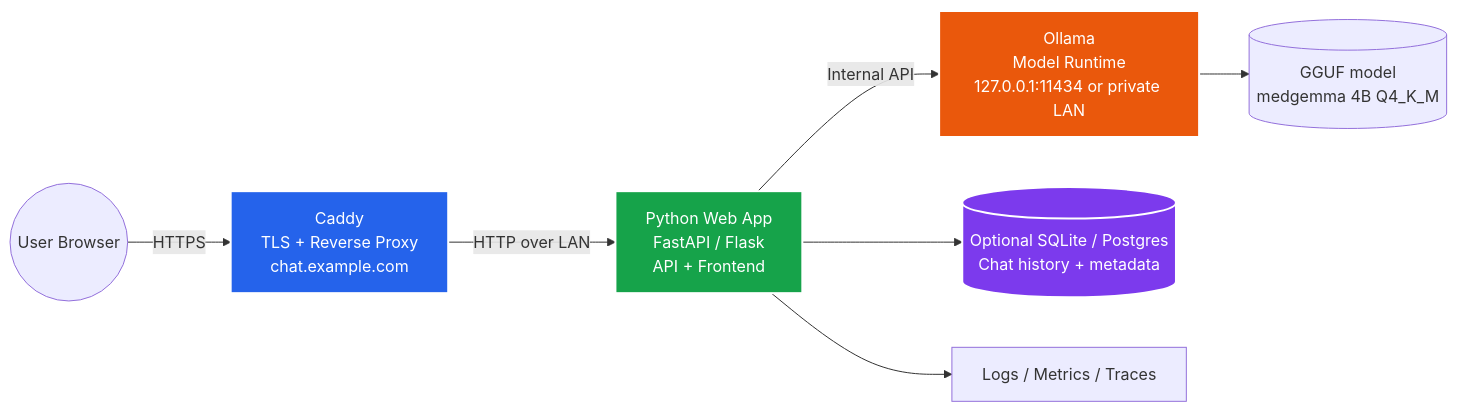
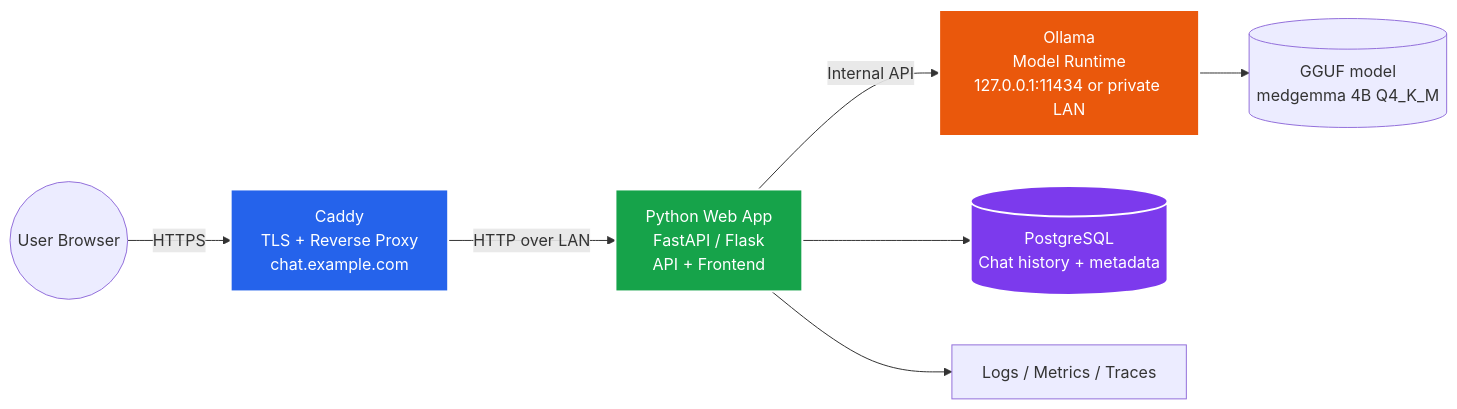
One commit to rsbauer/pachat changed the second of 7 diagrams in architecture.md. Above: the diagram before and after it, drawn with Mermaid. The commit also changed other lines of this file and 1 other file, not shown here.

Commit message:
Update plan and architecture with more details

````diff
--- a/architecture.md
+++ b/architecture.md
@@ -39,15 +66,15 @@
 ```mermaid
 flowchart LR
     User((User Browser)) -->|HTTPS| Caddy["Caddy\nTLS + Reverse Proxy\nchat.example.com"]
     Caddy -->|HTTP over LAN| App["Python Web App\nFastAPI / Flask\nAPI + Frontend"]
     App -->|Internal API| Ollama["Ollama\nModel Runtime\n127.0.0.1:11434 or private LAN"]
     Ollama --> Model[("GGUF model\nmedgemma 4B Q4_K_M")]
 
-    App --> DB[(Optional SQLite / Postgres\nChat history + metadata)]
+    App --> DB[(PostgreSQL\nChat history + metadata)]
     App --> Logs["Logs / Metrics / Traces"]
 
     style Caddy fill:#2563eb,stroke:#fff,stroke-width:2px,color:#fff
     style App fill:#16a34a,stroke:#fff,stroke-width:2px,color:#fff
     style Ollama fill:#ea580c,stroke:#fff,stroke-width:2px,color:#fff
     style DB fill:#7c3aed,stroke:#fff,stroke-width:2px,color:#fff
 ```
````
